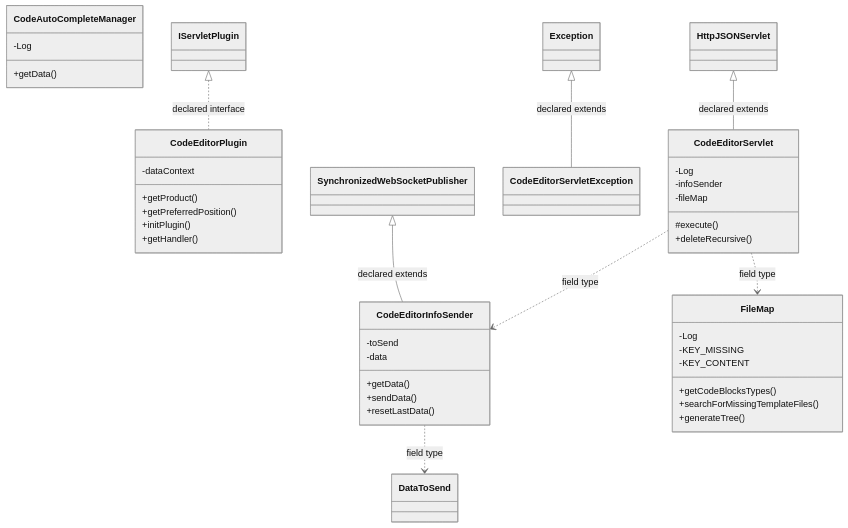
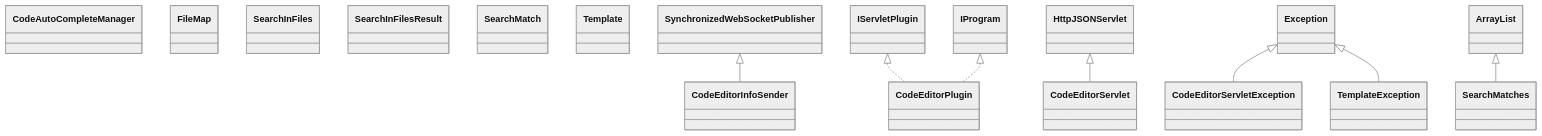
One commit to haruperi/HaruQuantAI changed the diagram in docs/sqx/CodeEditor/ServletCodeEditor.md. Above: the diagram before and after it, drawn with Mermaid (neutral theme). The commit also changed other lines of this file and 1688 other files, not shown here.

````diff
--- a/docs/sqx/CodeEditor/ServletCodeEditor.md
+++ b/docs/sqx/CodeEditor/ServletCodeEditor.md
@@ -30,50 +26,28 @@
 ```mermaid
 classDiagram
-    class Cd973ea900ec6["CodeAutoCompleteManager"] {
-        -Log
-        +getData()
-    }
-    class C820749492650["CodeEditorInfoSender"] {
-        -toSend
-        -data
-        +getData()
-        +sendData()
-        +resetLastData()
-    }
-    class Cc562bd44151d["CodeEditorPlugin"] {
-        -dataContext
-        +getProduct()
-        +getPreferredPosition()
-        +initPlugin()
-        +getHandler()
-    }
-    class Caf532576d23d["CodeEditorServlet"] {
-        -Log
-        -infoSender
-        -fileMap
-        #execute()
-        +deleteRecursive()
-    }
-    class C441435a336b7["CodeEditorServletException"] {
-    }
-    class C7001dc3adf79["FileMap"] {
-        -Log
-        -KEY_MISSING
-        -KEY_CONTENT
-        +getCodeBlocksTypes()
-        +searchForMissingTemplateFiles()
-        +generateTree()
-    }
-    class C6128eed56b6d["DataToSend"]
-    class Ce87cf9854aad["SynchronizedWebSocketPublisher"]
-    class C249b5c671b1a["IServletPlugin"]
-    class C8900f90ae594["HttpJSONServlet"]
-    class C4bc2cd7a4e9d["Exception"]
-    Ce87cf9854aad <|-- C820749492650 : declared extends
-    C820749492650 ..> C6128eed56b6d : field type
-    C249b5c671b1a <|.. Cc562bd44151d : declared interface
-    C8900f90ae594 <|-- Caf532576d23d : declared extends
-    Caf532576d23d ..> C820749492650 : field type
-    Caf532576d23d ..> C7001dc3adf79 : field type
-    C4bc2cd7a4e9d <|-- C441435a336b7 : declared extends
+    class C0["CodeAutoCompleteManager"]
+    class C1["CodeEditorInfoSender"]
+    class C2["CodeEditorPlugin"]
+    class C3["CodeEditorServlet"]
+    class C4["CodeEditorServletException"]
+    class C5["FileMap"]
+    class C6["SearchInFiles"]
+    class C7["SearchInFilesResult"]
+    class C8["SearchMatch"]
+    class C9["SearchMatches"]
+    class C10["Template"]
+    class C11["TemplateException"]
+    class E0["SynchronizedWebSocketPublisher"]
+    E0 <|-- C1
+    class E1["IServletPlugin"]
+    E1 <|.. C2
+    class E2["IProgram"]
+    E2 <|.. C2
+    class E3["HttpJSONServlet"]
+    E3 <|-- C3
+    class E4["Exception"]
+    E4 <|-- C4
+    class E5["ArrayList"]
+    E5 <|-- C9
+    E4 <|-- C11
 ```
````
